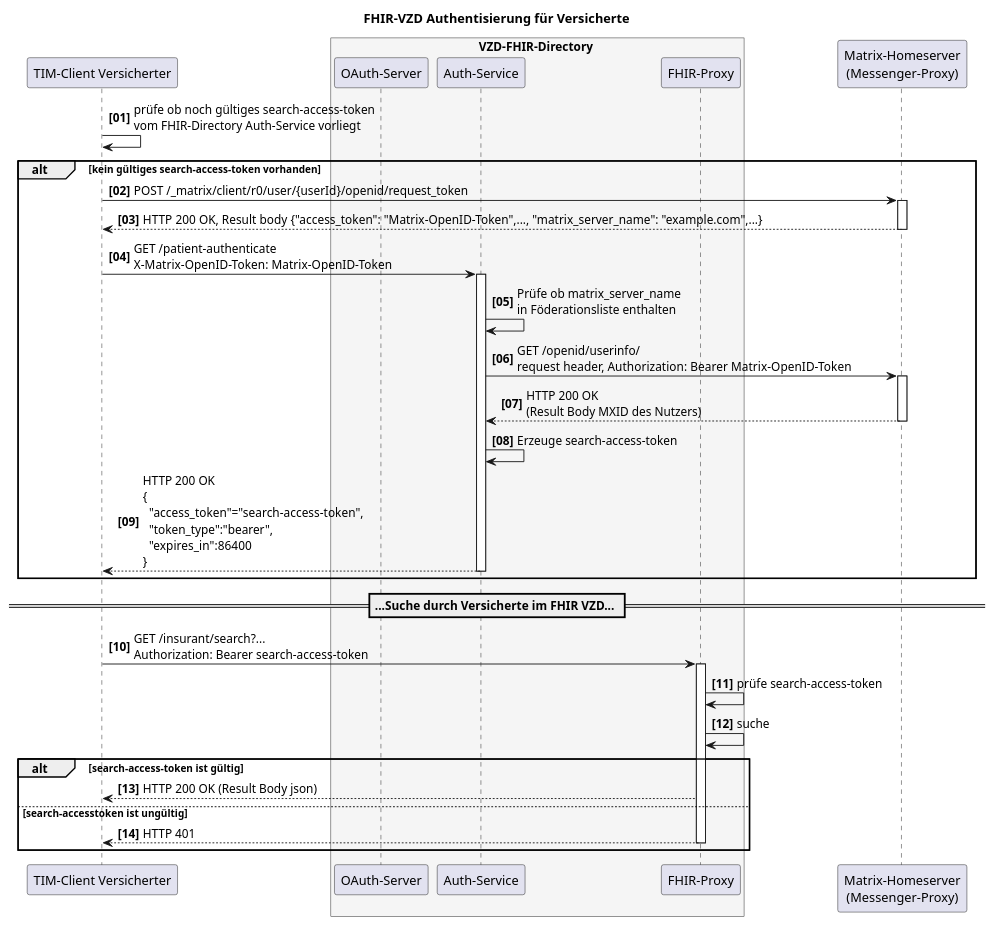
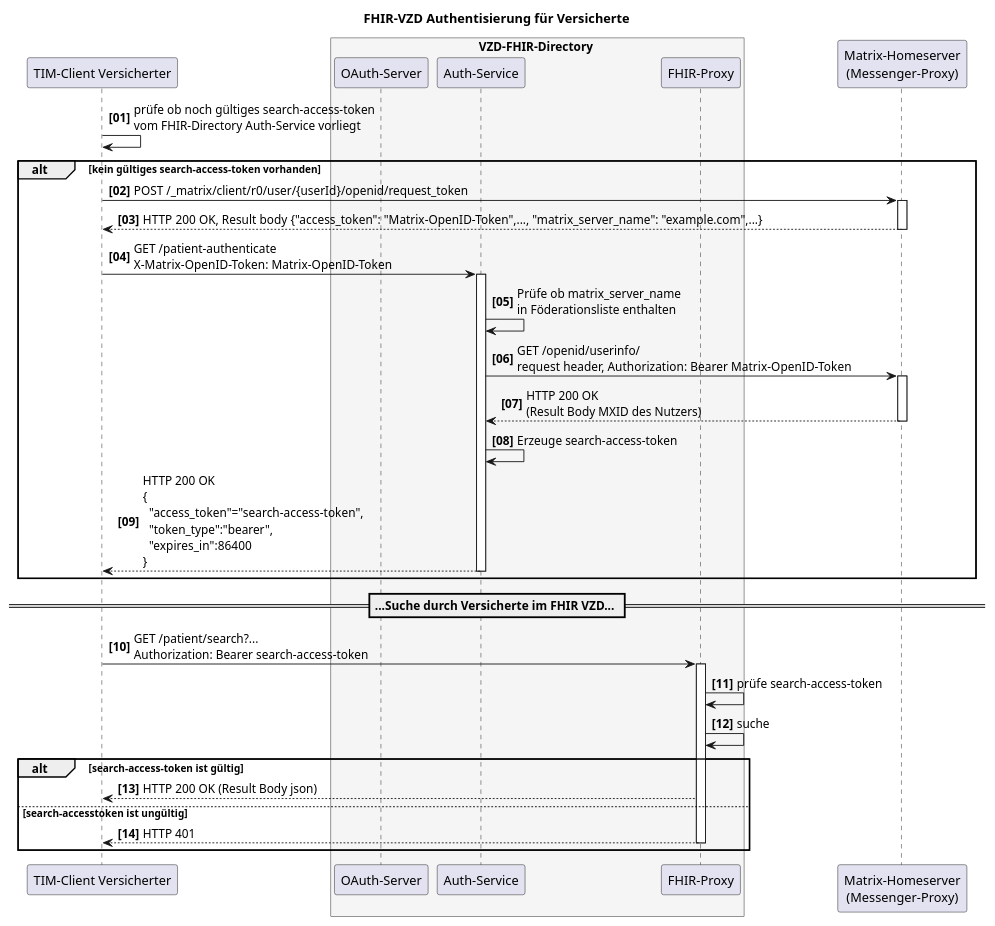
The diagram in src/plantuml/SequenceDiagram.FHIR-Directory.fdv.search.tim.puml (gematik/api-vzd), drawn with PlantUML before and after one commit. The commit also changed 1 other file, not shown here.

Commit message:
update to patient

```diff
--- a/src/plantuml/SequenceDiagram.FHIR-Directory.fdv.search.tim.puml
+++ b/src/plantuml/SequenceDiagram.FHIR-Directory.fdv.search.tim.puml
@@ -1,51 +1,51 @@
 @startuml
 autonumber 1 1 "<b>[00]"
 title "FHIR-VZD Authentisierung für Versicherte"
 
 participant VClient as "TIM-Client Versicherter"
 
 box VZD-FHIR-Directory #WhiteSmoke
     participant "OAuth-Server" as VzdOAuth
     participant "Auth-Service" as VzdAuth
     participant fp as "FHIR-Proxy"
 end box
 
 participant hs as "Matrix-Homeserver\n(Messenger-Proxy)"
 
 VClient-> VClient: prüfe ob noch gültiges search-access-token\nvom FHIR-Directory Auth-Service vorliegt
 
 alt kein gültiges search-access-token vorhanden
    VClient-> hs: POST /_matrix/client/r0/user/{userId}/openid/request_token
    activate hs
    hs --> VClient: HTTP 200 OK, Result body {"access_token": "Matrix-OpenID-Token",..., "matrix_server_name": "example.com",...}
    deactivate hs
 
    VClient->VzdAuth++: GET /patient-authenticate \nX-Matrix-OpenID-Token: Matrix-OpenID-Token
 
    VzdAuth-> VzdAuth: Prüfe ob matrix_server_name\nin Föderationsliste enthalten
    VzdAuth-> hs: GET /openid/userinfo/\nrequest header, Authorization: Bearer Matrix-OpenID-Token
    activate hs
    hs --> VzdAuth: HTTP 200 OK\n(Result Body MXID des Nutzers)
    deactivate hs
    VzdAuth->VzdAuth: Erzeuge search-access-token
    VzdAuth--> VClient: HTTP 200 OK\n{\n  "access_token"="search-access-token",\n  "token_type":"bearer",\n  "expires_in":86400\n}
    deactivate VzdAuth
 
 
 end
 
 == ...Suche durch Versicherte im FHIR VZD... ==
 
-VClient -> fp: GET /insurant/search?...\nAuthorization: Bearer search-access-token
+VClient -> fp: GET /patient/search?...\nAuthorization: Bearer search-access-token
 activate fp
 fp -> fp: prüfe search-access-token
 fp -> fp: suche
 
 alt search-access-token ist gültig
    fp --> VClient : HTTP 200 OK (Result Body json)
  else search-accesstoken ist ungültig
    fp --> VClient : HTTP 401
    deactivate fp
 end
 
 @enduml
```
